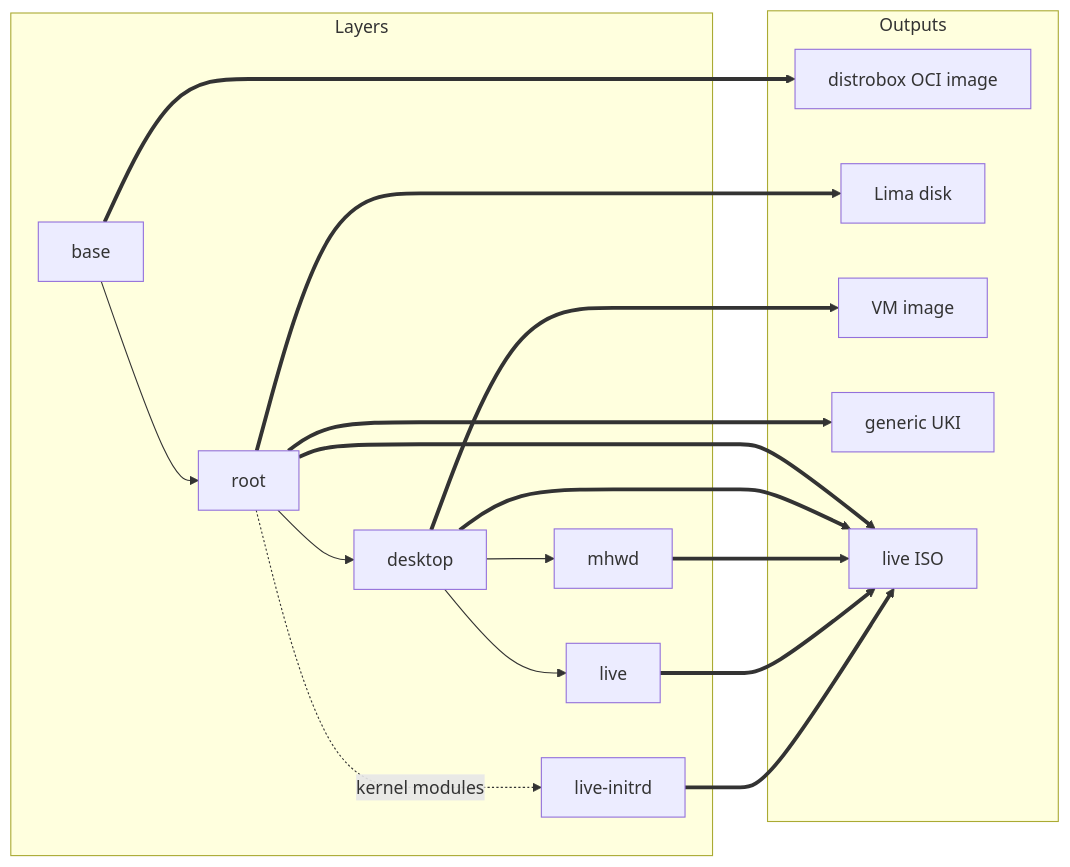
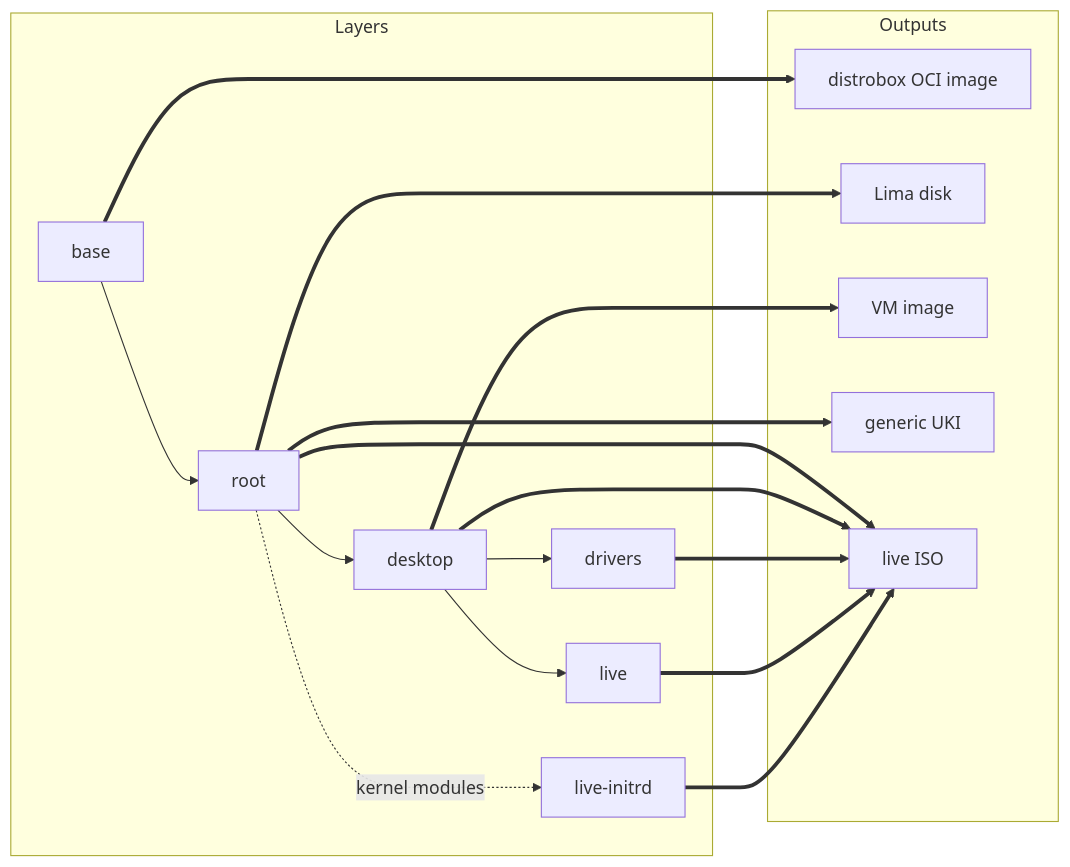
The first of 4 diagrams in docs/architecture.md (garuda-linux/image-builder), drawn with Mermaid before and after one commit. The commit also changed other lines of this file and 25 other files, not shown here.

Commit message:
chore(layers): mhwd -> drivers

````diff
--- a/docs/architecture.md
+++ b/docs/architecture.md
@@ -9,24 +9,24 @@
 ```mermaid
 flowchart LR
   subgraph layers [Layers]
     base --> root --> desktop
     desktop --> live
-    desktop --> mhwd
+    desktop --> drivers
     root -. kernel modules .-> initrd[live-initrd]
   end
 
   subgraph outputs [Outputs]
     distrobox[distrobox OCI image]
     lima[Lima disk]
     vm[VM image]
     uki[generic UKI]
     iso[live ISO]
   end
 
   base ==> distrobox
   root ==> lima
   desktop ==> vm
   root ==> uki
-  root & desktop & mhwd & live ==> iso
+  root & desktop & drivers & live ==> iso
   initrd ==> iso
 ```
````
